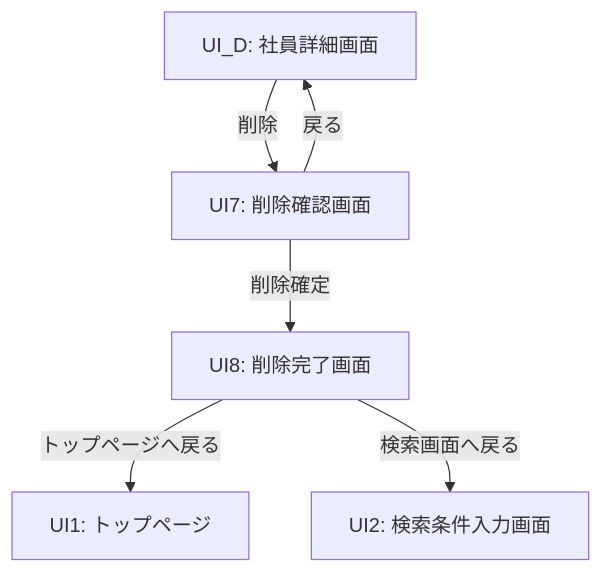
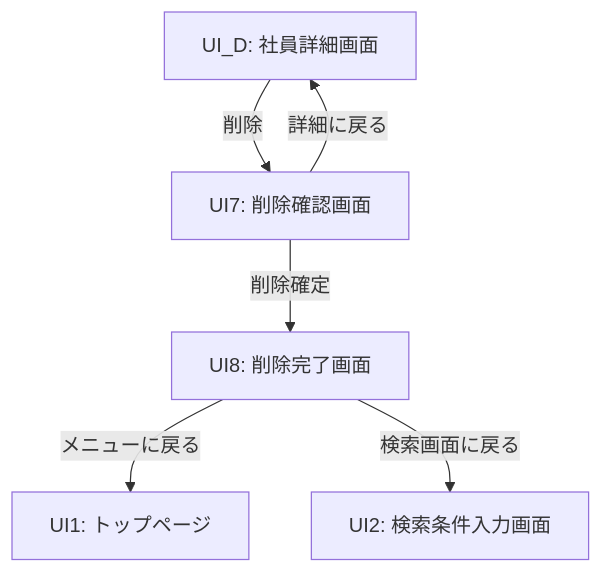
The seventh of 25 diagrams in EIMS_Comprehensive_Exercise_Guide.md (juyeongjung1/NewEIMS), drawn with Mermaid before and after one commit. The commit also changed other lines of this file and 1 other file, not shown here.

````diff
--- a/EIMS_Comprehensive_Exercise_Guide.md
+++ b/EIMS_Comprehensive_Exercise_Guide.md
@@ -729,10 +795,10 @@
 ```mermaid
 flowchart TD
     UI_D[UI_D: 社員詳細画面] -- "削除" --> UI7[UI7: 削除確認画面]
-    
+  
     UI7 -- "削除確定" --> UI8[UI8: 削除完了画面]
-    UI7 -- "戻る" --> UI_D
-    
-    UI8 -->|"トップページへ戻る"| UI1[UI1: トップページ]
-    UI8 -->|"検索画面へ戻る"| UI2[UI2: 検索条件入力画面]
+    UI7 -- "詳細に戻る" --> UI_D
+  
+    UI8 -->|"メニューに戻る"| UI1[UI1: トップページ]
+    UI8 -->|"検索画面に戻る"| UI2[UI2: 検索条件入力画面]
 ```
````
